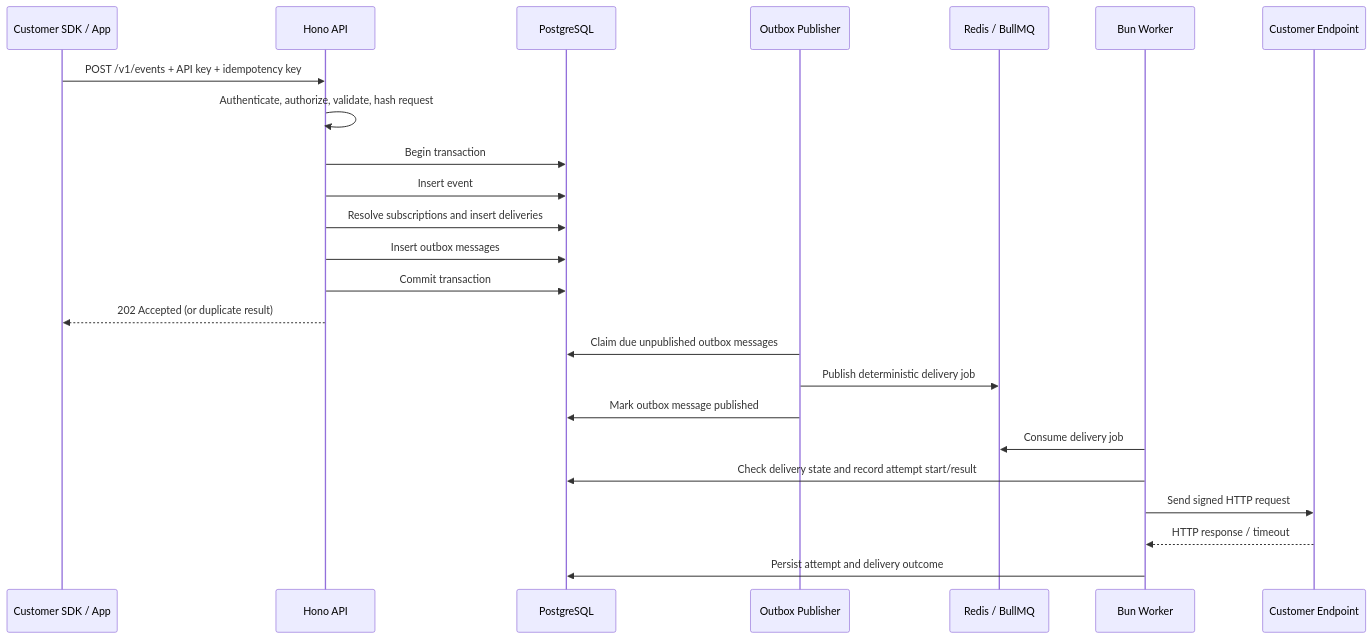
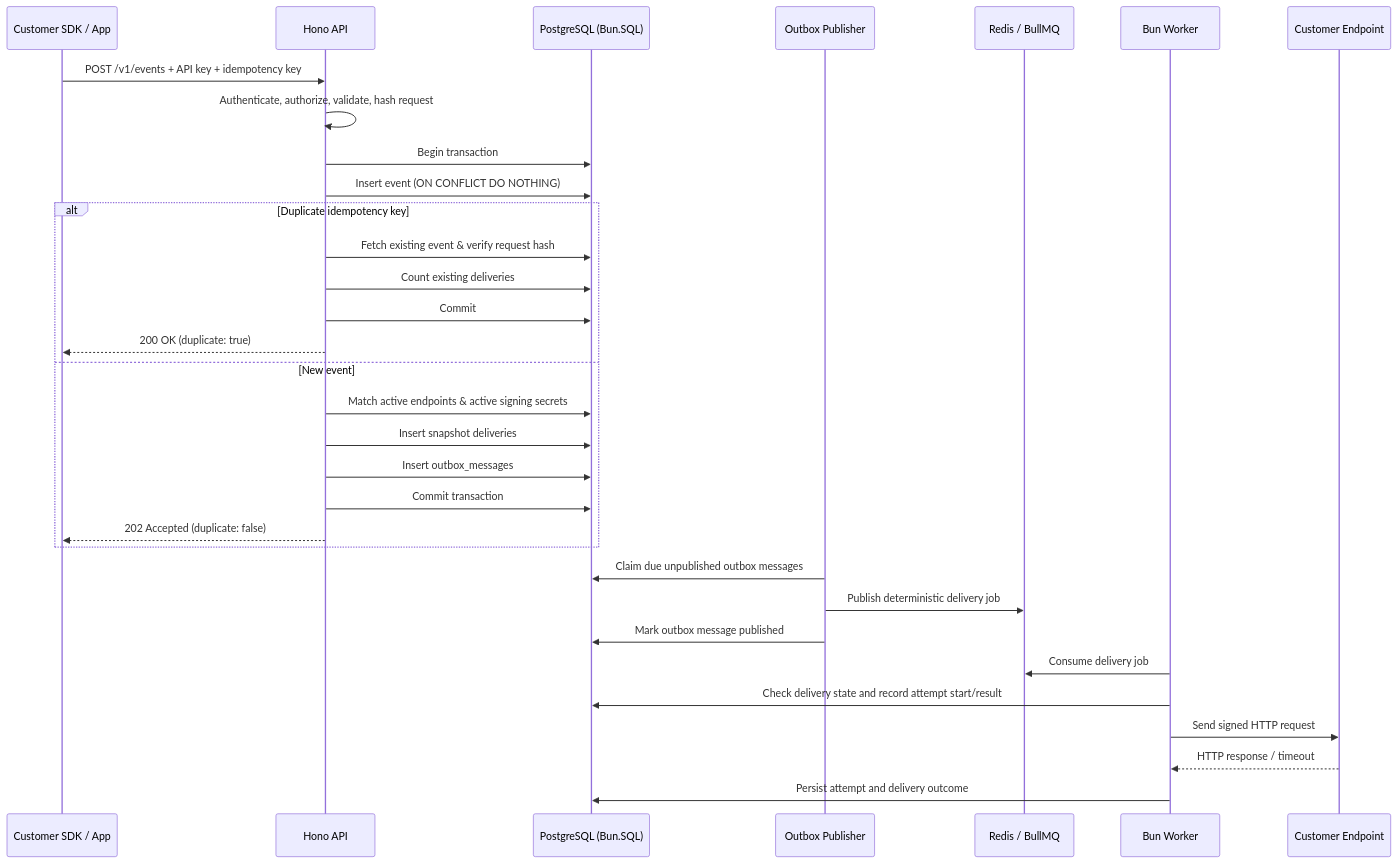
Before and after one commit to priyamrajput-dev/orchestrail: the second of 2 diagrams in docs/ARCHITECTURE.md, drawn with Mermaid. The commit also changed other lines of this file and 50 other files, not shown here.

Commit message:
Implement event ingestion, idempotency, and outbox writes

````diff
--- a/docs/ARCHITECTURE.md
+++ b/docs/ARCHITECTURE.md
@@ -56,27 +85,35 @@
 ```mermaid
 sequenceDiagram
     participant C as Customer SDK / App
     participant A as Hono API
-    participant P as PostgreSQL
+    participant P as PostgreSQL (Bun.SQL)
     participant O as Outbox Publisher
     participant R as Redis / BullMQ
     participant W as Bun Worker
     participant E as Customer Endpoint
 
     C->>A: POST /v1/events + API key + idempotency key
     A->>A: Authenticate, authorize, validate, hash request
     A->>P: Begin transaction
-    A->>P: Insert event
-    A->>P: Resolve subscriptions and insert deliveries
-    A->>P: Insert outbox messages
-    A->>P: Commit transaction
-    A-->>C: 202 Accepted (or duplicate result)
+    A->>P: Insert event (ON CONFLICT DO NOTHING)
+    alt Duplicate idempotency key
+        A->>P: Fetch existing event & verify request hash
+        A->>P: Count existing deliveries
+        A->>P: Commit
+        A-->>C: 200 OK (duplicate: true)
+    else New event
+        A->>P: Match active endpoints & active signing secrets
+        A->>P: Insert snapshot deliveries
+        A->>P: Insert outbox_messages
+        A->>P: Commit transaction
+        A-->>C: 202 Accepted (duplicate: false)
+    end
     O->>P: Claim due unpublished outbox messages
     O->>R: Publish deterministic delivery job
     O->>P: Mark outbox message published
     W->>R: Consume delivery job
     W->>P: Check delivery state and record attempt start/result
     W->>E: Send signed HTTP request
     E-->>W: HTTP response / timeout
     W->>P: Persist attempt and delivery outcome
 ```
````
